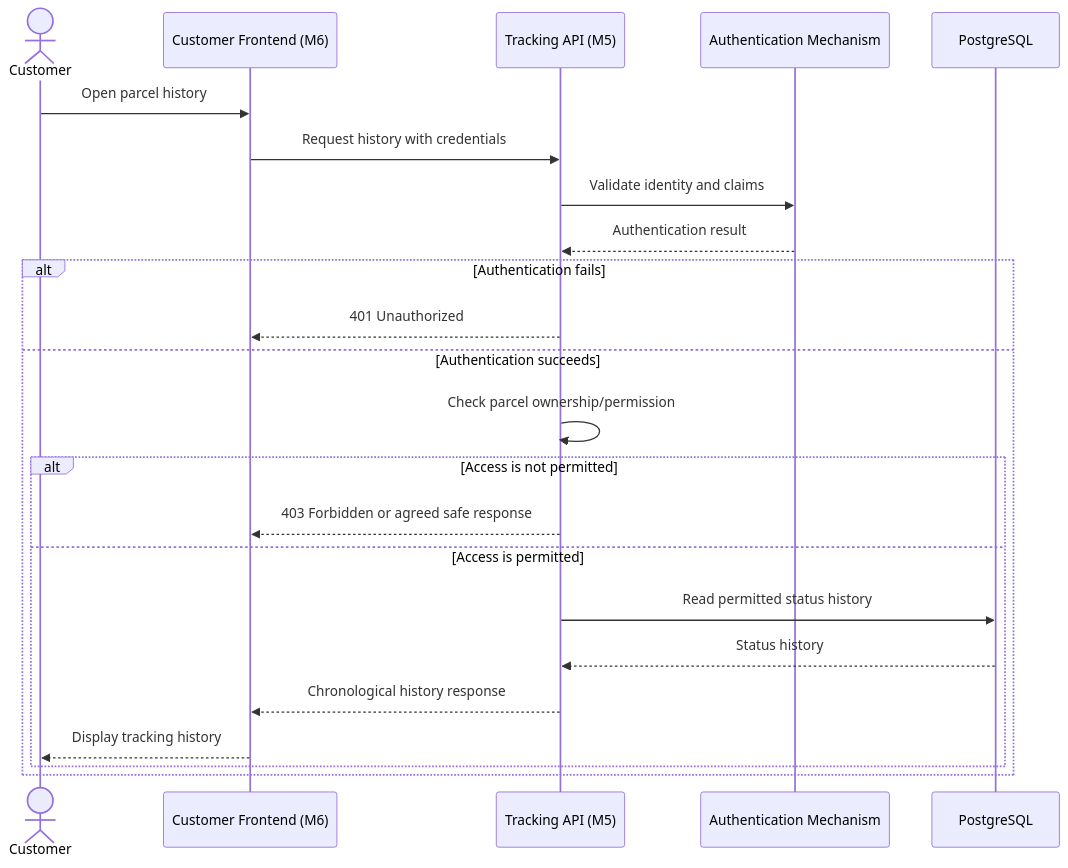
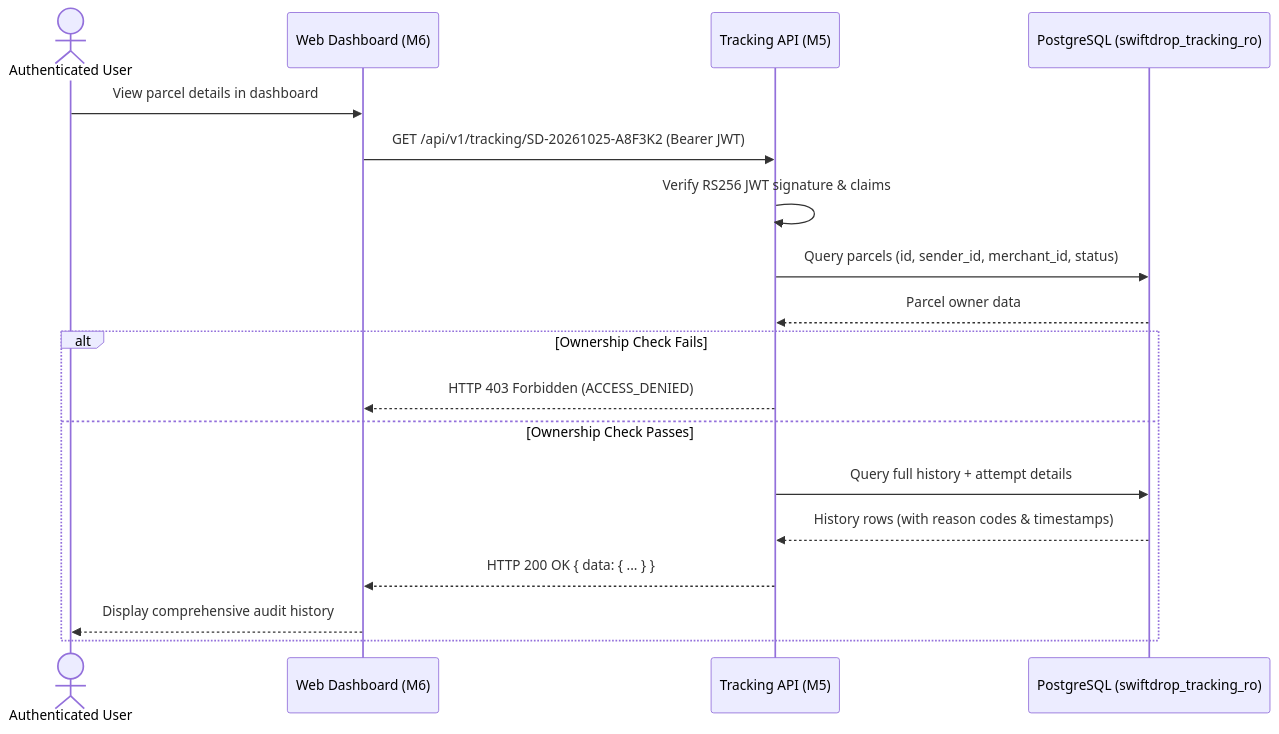
The second of 4 diagrams in docs/drafts/member-05-tracking/doc-02-functional-flows-and-business-rules.md (phantomTroupeEAD/SwiftDrop), drawn with Mermaid before and after one commit. The commit also changed other lines of this file and 8 other files, not shown here.

Commit message:
docs(m05): harmonize tracking specs with audit fixes, ratify port, role, and SEC-009 privacy contracts

````diff
--- a/docs/drafts/member-05-tracking/doc-02-functional-flows-and-business-rules.md
+++ b/docs/drafts/member-05-tracking/doc-02-functional-flows-and-business-rules.md
@@ -122,27 +129,21 @@
 ```mermaid
 sequenceDiagram
-    actor Customer
-    participant UI as Customer Frontend (M6)
+    actor User as Authenticated User
+    participant UI as Web Dashboard (M6)
     participant API as Tracking API (M5)
-    participant Auth as Authentication Mechanism
-    participant DB as PostgreSQL
+    participant DB as PostgreSQL (swiftdrop_tracking_ro)
 
-    Customer->>UI: Open parcel history
-    UI->>API: Request history with credentials
-    API->>Auth: Validate identity and claims
-    Auth-->>API: Authentication result
-
-    alt Authentication fails
-        API-->>UI: 401 Unauthorized
-    else Authentication succeeds
-        API->>API: Check parcel ownership/permission
-        alt Access is not permitted
-            API-->>UI: 403 Forbidden or agreed safe response
-        else Access is permitted
-            API->>DB: Read permitted status history
-            DB-->>API: Status history
-            API-->>UI: Chronological history response
-            UI-->>Customer: Display tracking history
-        end
+    User->>UI: View parcel details in dashboard
+    UI->>API: GET /api/v1/tracking/SD-20261025-A8F3K2 (Bearer JWT)
+    API->>API: Verify RS256 JWT signature & claims
+    API->>DB: Query parcels (id, sender_id, merchant_id, status)
+    DB-->>API: Parcel owner data
+    alt Ownership Check Fails
+        API-->>UI: HTTP 403 Forbidden (ACCESS_DENIED)
+    else Ownership Check Passes
+        API->>DB: Query full history + attempt details
+        DB-->>API: History rows (with reason codes & timestamps)
+        API-->>UI: HTTP 200 OK { data: { ... } }
+        UI-->>User: Display comprehensive audit history
     end
 ```
````
